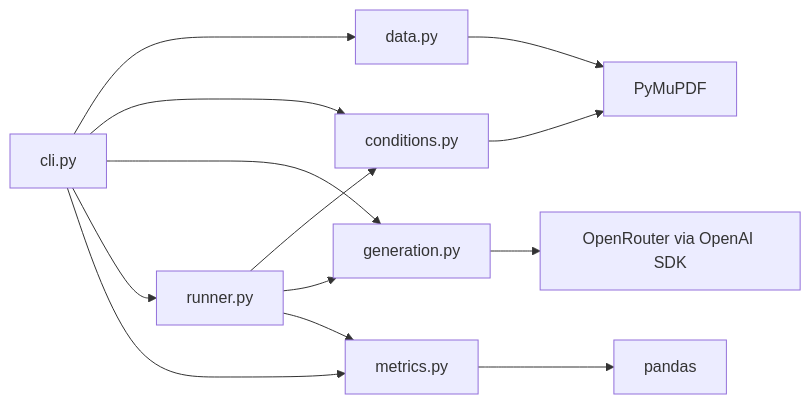
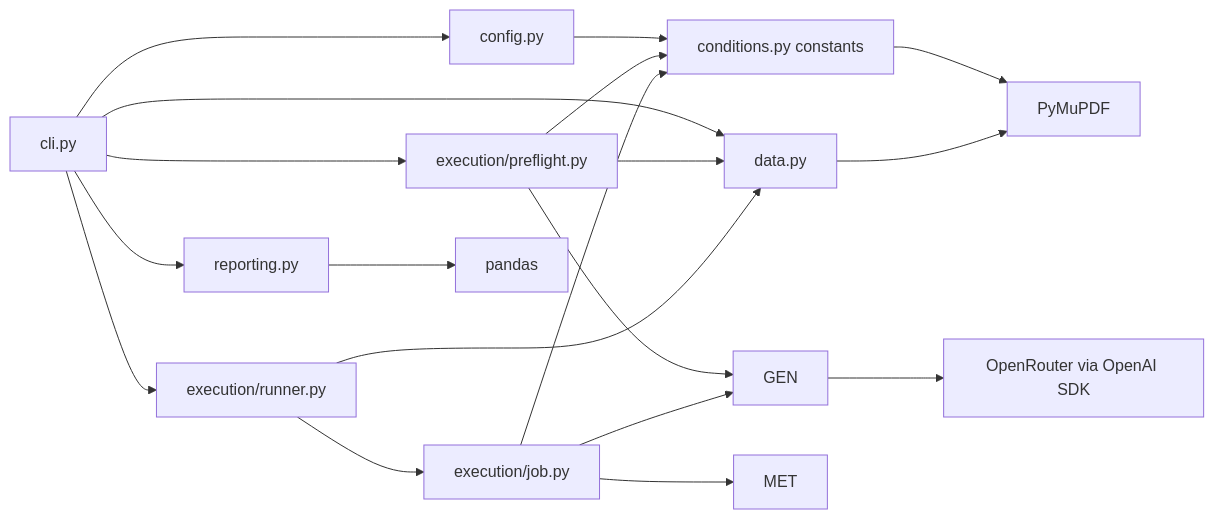
Before and after one commit to 14zhasim/Agentic_RAG: the second of 9 diagrams in docs sys design/benchmark/FinanceBench Implementation Guide.md, drawn with Mermaid. The commit also changed other lines of this file and 86 other files, not shown here.

````diff
--- a/docs sys design/benchmark/FinanceBench Implementation Guide.md
+++ b/docs sys design/benchmark/FinanceBench Implementation Guide.md
@@ -189,15 +172,21 @@
 ```mermaid
 flowchart LR
+    CLI[cli.py] --> CONFIG[config.py]
     CLI[cli.py] --> DATA[data.py]
-    CLI --> COND[conditions.py]
-    CLI --> GEN[generation.py]
-    CLI --> RUN[runner.py]
-    CLI --> MET[metrics.py]
-    RUN --> COND
-    RUN --> GEN
-    RUN --> MET
+    CLI --> PREFLIGHT[execution/preflight.py]
+    CLI --> RUN[execution/runner.py]
+    CLI --> REPORT[reporting.py]
+    CONFIG --> COND[conditions.py constants]
+    PREFLIGHT --> DATA
+    PREFLIGHT --> COND
+    PREFLIGHT --> GEN
+    RUN --> DATA
+    RUN --> JOB[execution/job.py]
+    JOB --> COND
+    JOB --> GEN
+    JOB --> MET
     COND --> PDF[PyMuPDF]
     DATA --> PDF
     GEN --> OR[OpenRouter via OpenAI SDK]
-    MET --> PD[pandas]
+    REPORT --> PD[pandas]
 ```
````
